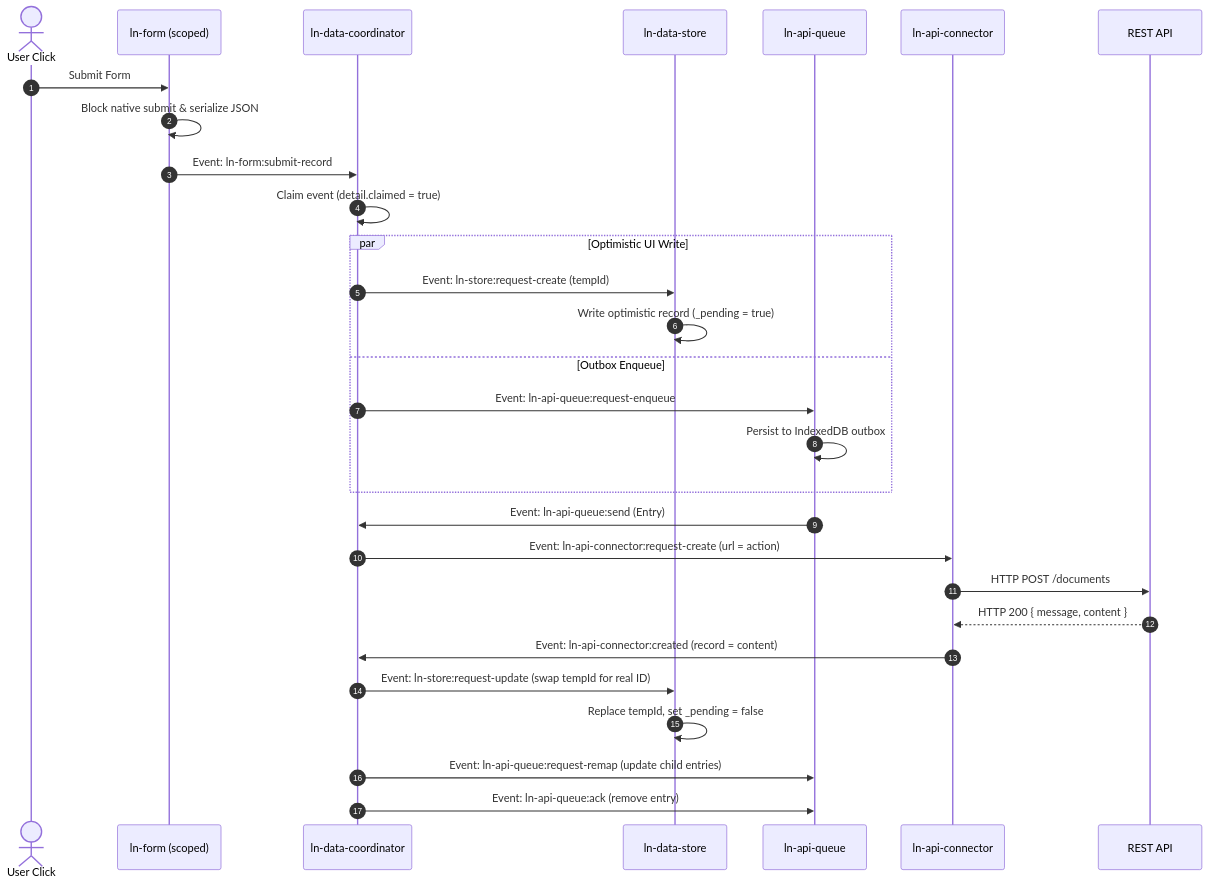
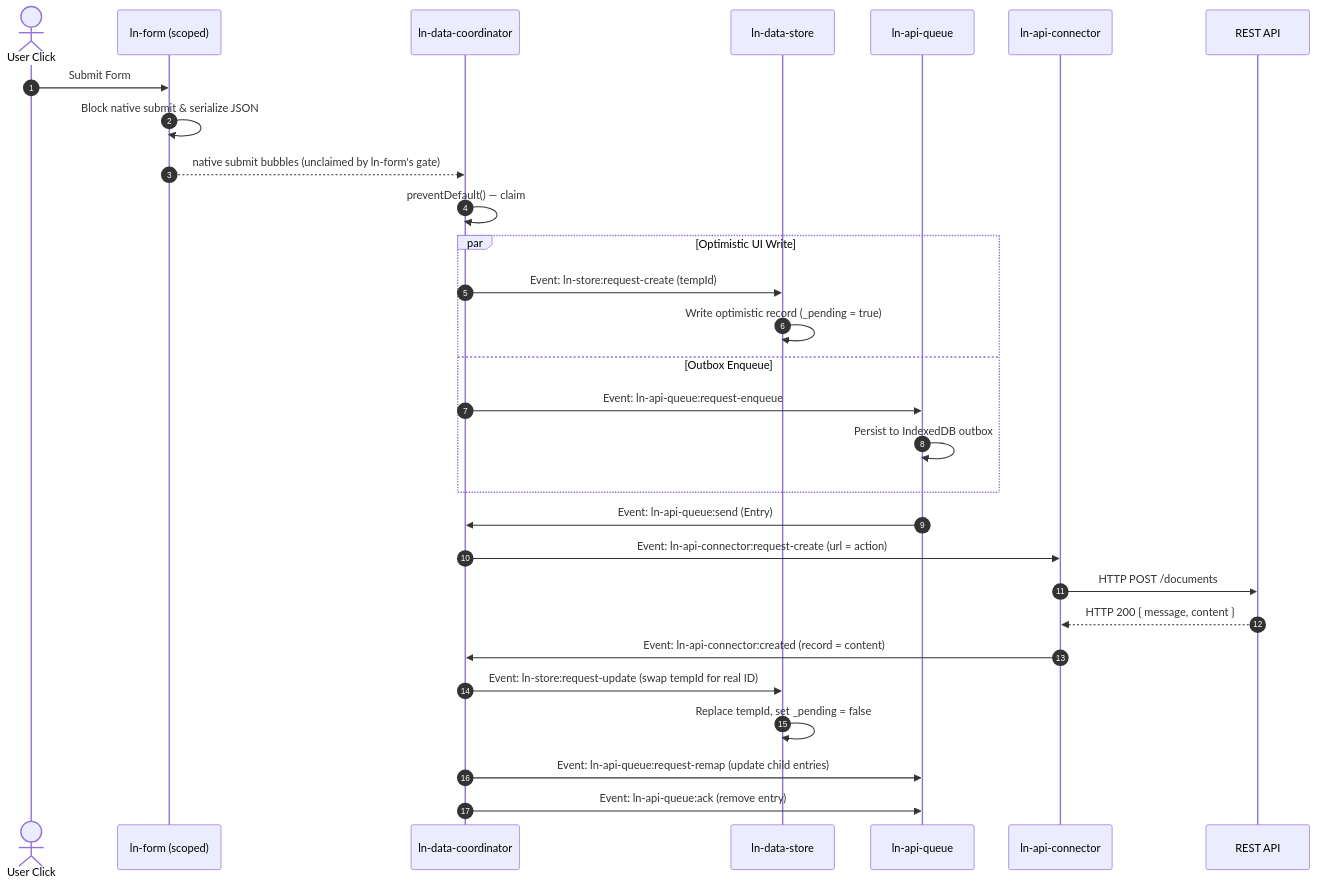
Before and after one commit to livenetworks/ln-ashlar: the diagram in docs-mcp/guides/write-workflow.md, drawn with Mermaid. The commit also changed other lines of this file and 15 other files, not shown here.

Commit message:
docs: sweep native-submit intake, adopt ul/li for data-layer examples, partial ln-form draft slim

````diff
--- a/docs-mcp/guides/write-workflow.md
+++ b/docs-mcp/guides/write-workflow.md
@@ -93,35 +93,35 @@
 ```mermaid
 sequenceDiagram
     autonumber
     actor User as User Click
     participant Form as ln-form (scoped)
     participant Coord as ln-data-coordinator
     participant Store as ln-data-store
     participant Queue as ln-api-queue
     participant Conn as ln-api-connector
     participant Server as REST API
 
     User->>Form: Submit Form
     Form->>Form: Block native submit & serialize JSON
-    Form->>Coord: Event: ln-form:submit-record
-    Coord->>Coord: Claim event (detail.claimed = true)
+    Form-->>Coord: native submit bubbles (unclaimed by ln-form's gate)
+    Coord->>Coord: preventDefault() — claim
     
     par Optimistic UI Write
         Coord->>Store: Event: ln-store:request-create (tempId)
         Store->>Store: Write optimistic record (_pending = true)
     and Outbox Enqueue
         Coord->>Queue: Event: ln-api-queue:request-enqueue
         Queue->>Queue: Persist to IndexedDB outbox
     end
     
     Queue->>Coord: Event: ln-api-queue:send (Entry)
     Coord->>Conn: Event: ln-api-connector:request-create (url = action)
     Conn->>Server: HTTP POST /documents
     Server-->>Conn: HTTP 200 { message, content }
     Conn->>Coord: Event: ln-api-connector:created (record = content)
     
     Coord->>Store: Event: ln-store:request-update (swap tempId for real ID)
     Store->>Store: Replace tempId, set _pending = false
     Coord->>Queue: Event: ln-api-queue:request-remap (update child entries)
     Coord->>Queue: Event: ln-api-queue:ack (remove entry)
 ```
````
